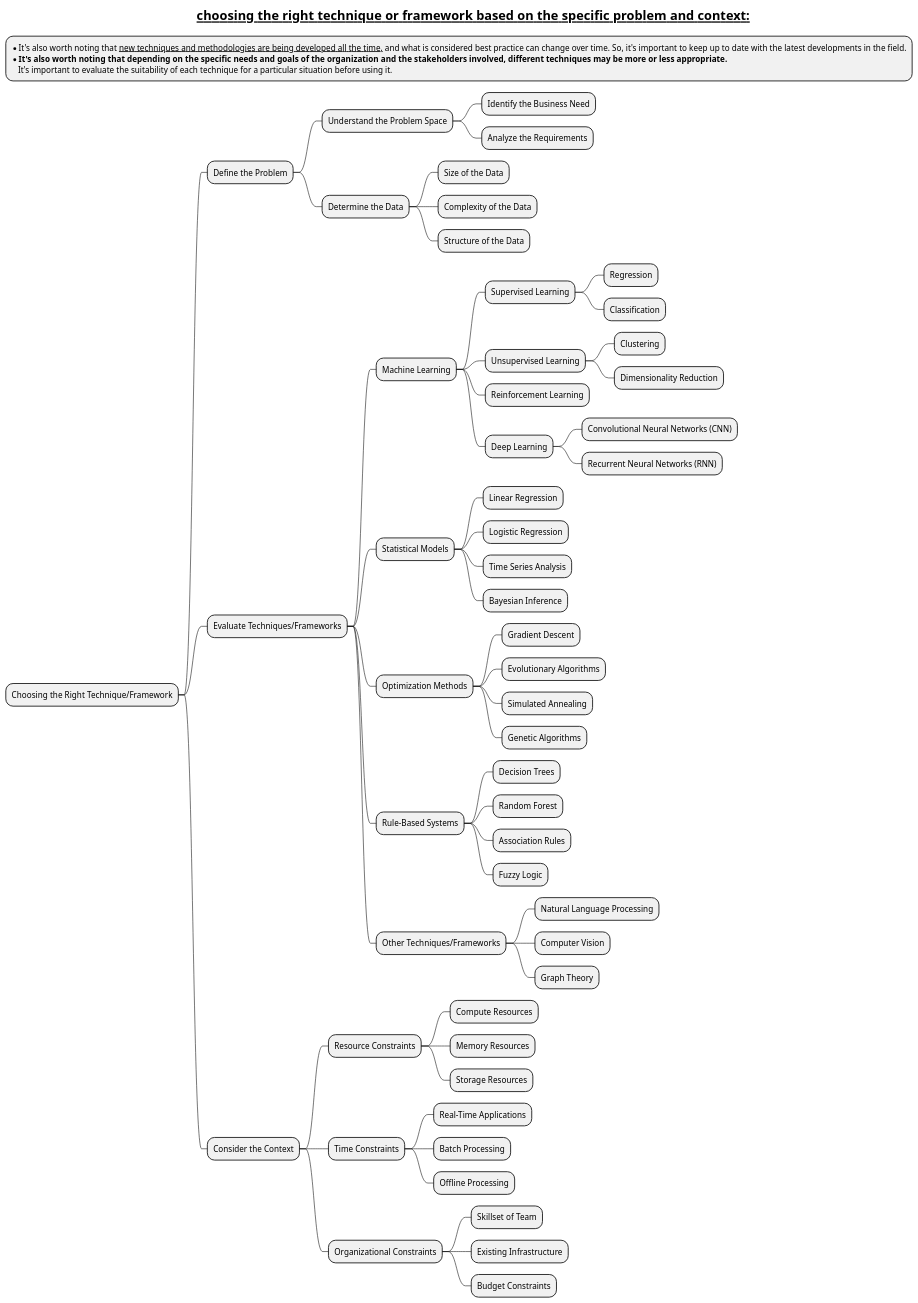
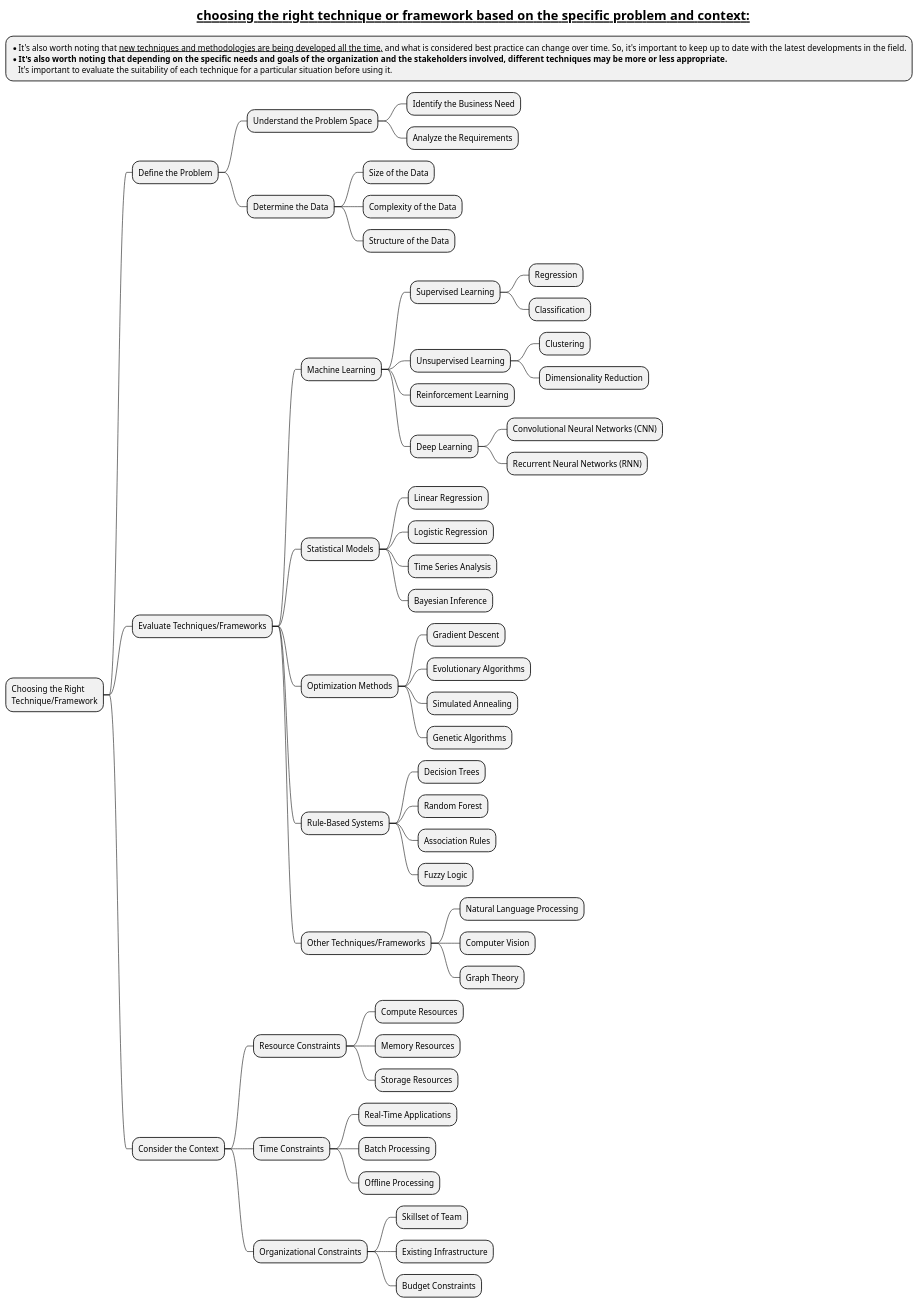
Before and after one commit to MehmoodHashmi/Documentation-as-Code-DaC: the diagram in docs/AI-ML- DL-and-Data-Science/Choosing-the-Right-(Technique-or-Framework)-in-AI.puml, drawn with PlantUML. The commit also changed 11 other files, not shown here.

Commit message:
added new mindmaps

```diff
--- a/docs/AI-ML- DL-and-Data-Science/Choosing-the-Right-(Technique-or-Framework)-in-AI.puml
+++ b/docs/AI-ML- DL-and-Data-Science/Choosing-the-Right-(Technique-or-Framework)-in-AI.puml
@@ -1,67 +1,67 @@
 @startmindmap
 
 *:*It's also worth noting that __new techniques and methodologies are being developed all the time,__ and what is considered best practice can change over time. So, it's important to keep up to date with the latest developments in the field.
 * **It's also worth noting that depending on the specific needs and goals of the organization and the stakeholders involved, different techniques may be more or less appropriate.**
    It's important to evaluate the suitability of each technique for a particular situation before using it.;
 
 
 title = __choosing the right technique or framework based on the specific problem and context:__
 
-* Choosing the Right Technique/Framework
+* Choosing the Right \nTechnique/Framework
 
 ** Define the Problem
 *** Understand the Problem Space
 **** Identify the Business Need
 **** Analyze the Requirements
 *** Determine the Data
 **** Size of the Data
 **** Complexity of the Data
 **** Structure of the Data
 
 ** Evaluate Techniques/Frameworks
 *** Machine Learning
 **** Supervised Learning
 ***** Regression
 ***** Classification
 **** Unsupervised Learning
 ***** Clustering
 ***** Dimensionality Reduction
 **** Reinforcement Learning
 **** Deep Learning
 ***** Convolutional Neural Networks (CNN)
 ***** Recurrent Neural Networks (RNN)
 *** Statistical Models
 **** Linear Regression
 **** Logistic Regression
 **** Time Series Analysis
 **** Bayesian Inference
 *** Optimization Methods
 **** Gradient Descent
 **** Evolutionary Algorithms
 **** Simulated Annealing
 **** Genetic Algorithms
 *** Rule-Based Systems
 **** Decision Trees
 **** Random Forest
 **** Association Rules
 **** Fuzzy Logic
 *** Other Techniques/Frameworks
 **** Natural Language Processing
 **** Computer Vision
 **** Graph Theory
 
 ** Consider the Context
 *** Resource Constraints
 **** Compute Resources
 **** Memory Resources
 **** Storage Resources
 *** Time Constraints
 **** Real-Time Applications
 **** Batch Processing
 **** Offline Processing
 *** Organizational Constraints
 **** Skillset of Team
 **** Existing Infrastructure
 **** Budget Constraints
 
 @endmindmap
```
